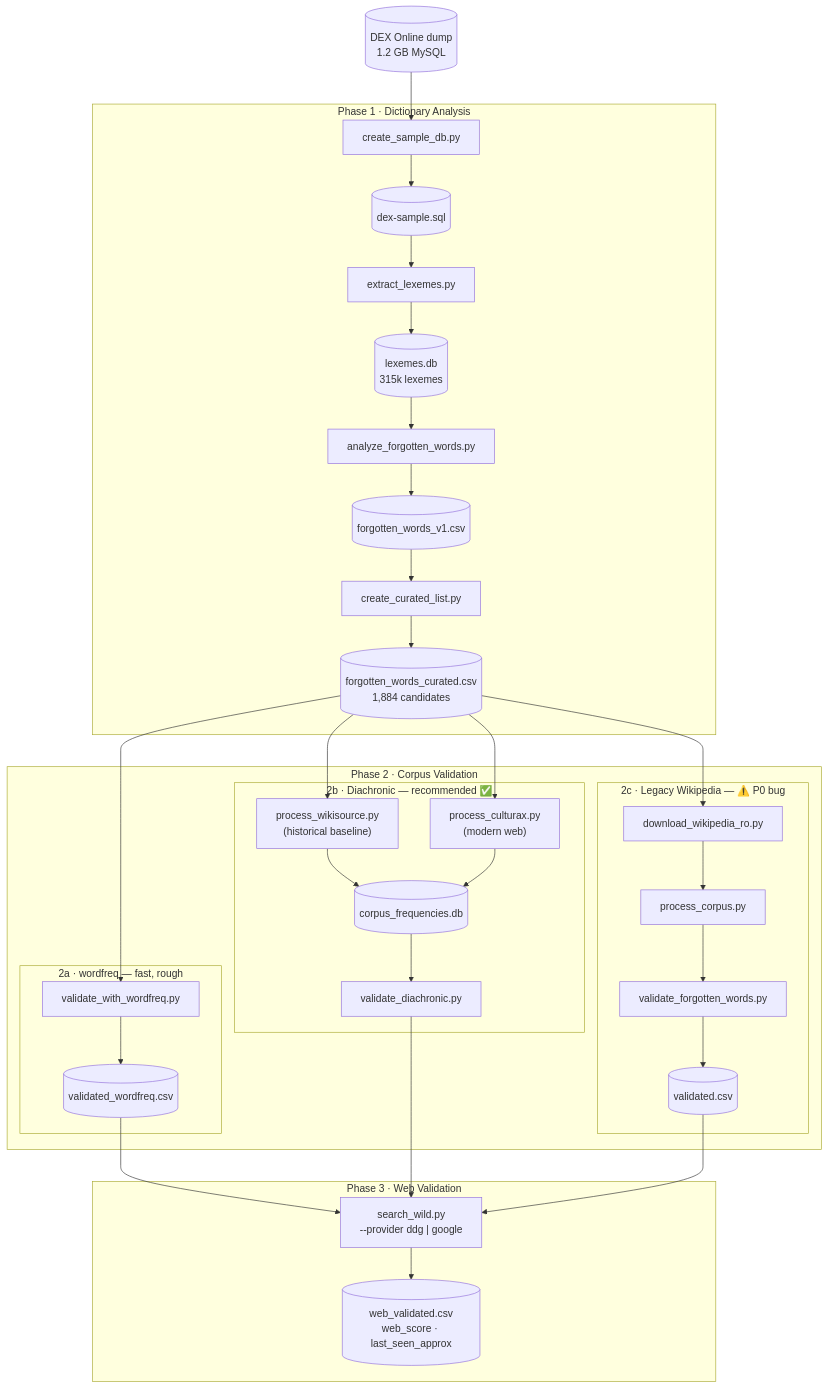
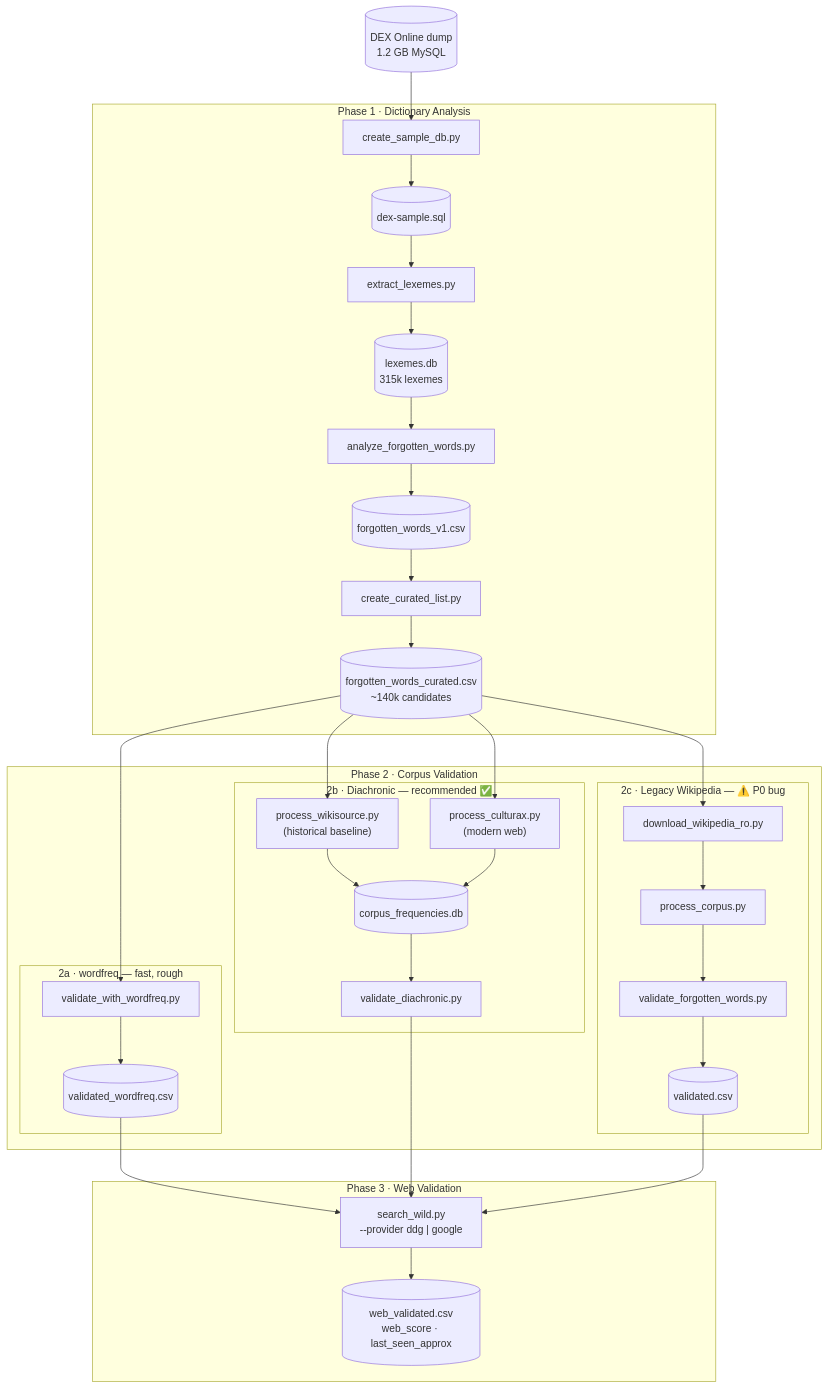
The first of 2 diagrams in readme.md (gov2-ro/otzios), drawn with Mermaid before and after one commit. The commit also changed other lines of this file and 5 other files, not shown here.

````diff
--- a/readme.md
+++ b/readme.md
@@ -20,38 +20,38 @@
 ```mermaid
 flowchart TD
     DEX[("DEX Online dump\n1.2 GB MySQL")]
 
     subgraph P1["Phase 1 · Dictionary Analysis"]
         A["create_sample_db.py"] --> B[("dex-sample.sql")]
         B --> C["extract_lexemes.py"] --> D[("lexemes.db\n315k lexemes")]
         D --> E["analyze_forgotten_words.py"] --> F[("forgotten_words_v1.csv")]
-        F --> G["create_curated_list.py"] --> H[("forgotten_words_curated.csv\n1,884 candidates")]
+        F --> G["create_curated_list.py"] --> H[("forgotten_words_curated.csv\n~140k candidates")]
     end
 
     subgraph P2["Phase 2 · Corpus Validation"]
         subgraph P2A["2a · wordfreq — fast, rough"]
             WF["validate_with_wordfreq.py"] --> WF_OUT[("validated_wordfreq.csv")]
         end
         subgraph P2B["2b · Diachronic — recommended ✅"]
             WS["process_wikisource.py\n(historical baseline)"]
             CX["process_culturax.py\n(modern web)"]
             WS & CX --> CORP[("corpus_frequencies.db")]
             CORP --> DIA["validate_diachronic.py"]
         end
         subgraph P2C["2c · Legacy Wikipedia — ⚠️ P0 bug"]
             DL["download_wikipedia_ro.py"] --> PC["process_corpus.py"] --> VFW["validate_forgotten_words.py"] --> LEG[("validated.csv")]
         end
     end
 
     subgraph P3["Phase 3 · Web Validation"]
         SW["search_wild.py\n--provider ddg | google"] --> WEB_OUT[("web_validated.csv\nweb_score · last_seen_approx")]
     end
 
     DEX --> A
     H --> WF
     H --> WS & CX
     H --> DL
     WF_OUT --> SW
     DIA --> SW
     LEG --> SW
 ```
````
